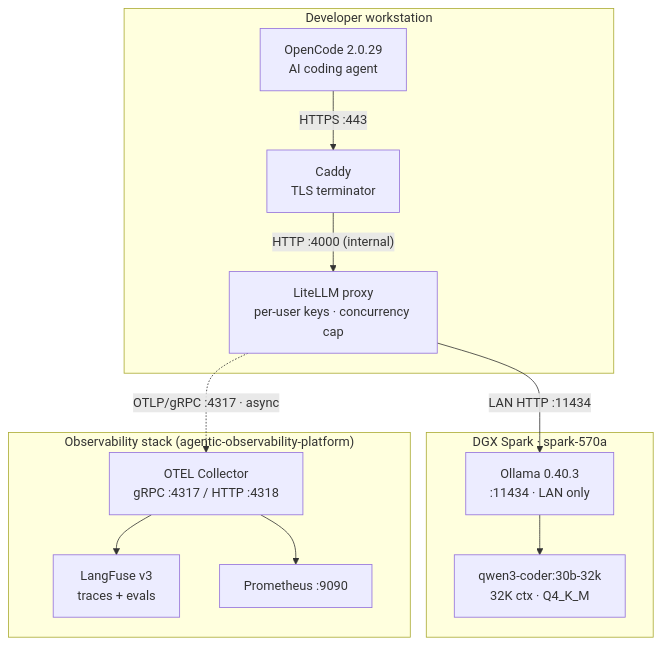
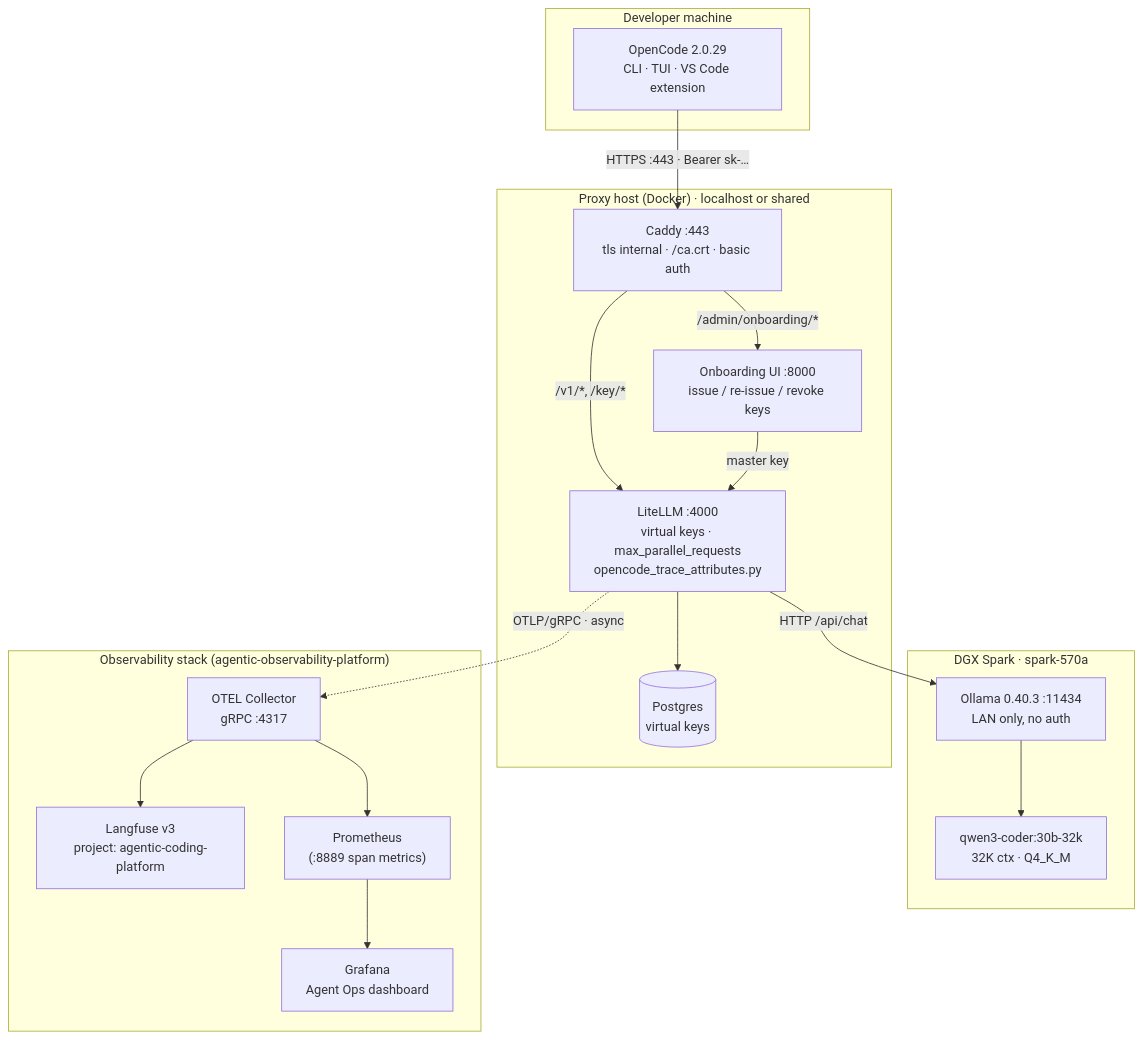
The first of 2 diagrams in docs/architecture.md (furqan90/agentic-coding-platform), drawn with Mermaid before and after one commit. The commit also changed other lines of this file and 5 other files, not shown here.

First line of the commit message:
docs: refresh architecture, add root README, update notes and runbook

````diff
--- a/docs/architecture.md
+++ b/docs/architecture.md
@@ -7,27 +12,36 @@
 ```mermaid
 graph TD
-  subgraph WS["Developer workstation"]
-    OC["OpenCode 2.0.29\nAI coding agent"]
-    CADDY["Caddy\nTLS terminator"]
-    LITELLM["LiteLLM proxy\nper-user keys · concurrency cap"]
-    OC -->|"HTTPS :443"| CADDY
-    CADDY -->|"HTTP :4000 (internal)"| LITELLM
+  subgraph DEV["Developer machine"]
+    OC["OpenCode 2.0.29\nCLI · TUI · VS Code extension"]
+  end
+
+  subgraph PROXY["Proxy host (Docker) · localhost or shared"]
+    CADDY["Caddy :443\ntls internal · /ca.crt · basic auth"]
+    LITELLM["LiteLLM :4000\nvirtual keys · max_parallel_requests\nopencode_trace_attributes.py"]
+    PG[("Postgres\nvirtual keys")]
+    ONB["Onboarding UI :8000\nissue / re-issue / revoke keys"]
+    CADDY -->|"/v1/*, /key/*"| LITELLM
+    CADDY -->|"/admin/onboarding/*"| ONB
+    ONB -->|"master key"| LITELLM
+    LITELLM --> PG
   end
 
   subgraph DGX["DGX Spark · spark-570a"]
-    OLLAMA["Ollama 0.40.3\n:11434 · LAN only"]
+    OLLAMA["Ollama 0.40.3 :11434\nLAN only, no auth"]
     MODEL["qwen3-coder:30b-32k\n32K ctx · Q4_K_M"]
     OLLAMA --> MODEL
   end
 
   subgraph OBS["Observability stack (agentic-observability-platform)"]
-    OTEL["OTEL Collector\ngRPC :4317 / HTTP :4318"]
-    LANGFUSE["LangFuse v3\ntraces + evals"]
-    PROM["Prometheus :9090"]
+    OTEL["OTEL Collector\ngRPC :4317"]
+    LANGFUSE["Langfuse v3\nproject: agentic-coding-platform"]
+    PROM["Prometheus\n(:8889 span metrics)"]
+    GRAF["Grafana\nAgent Ops dashboard"]
     OTEL --> LANGFUSE
-    OTEL --> PROM
+    OTEL --> PROM --> GRAF
   end
 
-  LITELLM -->|"LAN HTTP :11434"| OLLAMA
-  LITELLM -.->|"OTLP/gRPC :4317 · async"| OTEL
+  OC -->|"HTTPS :443 · Bearer sk-…"| CADDY
+  LITELLM -->|"HTTP /api/chat"| OLLAMA
+  LITELLM -.->|"OTLP/gRPC · async"| OTEL
 ```
````
